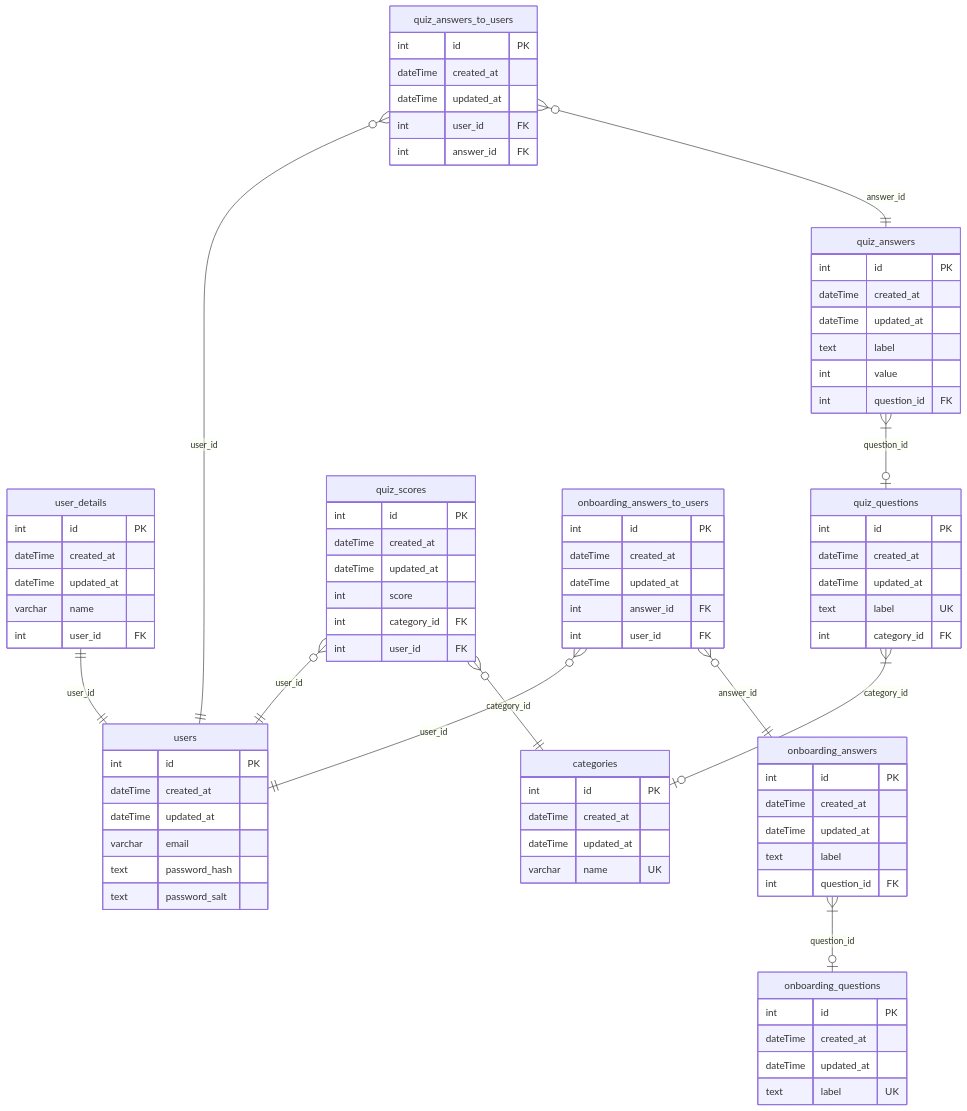
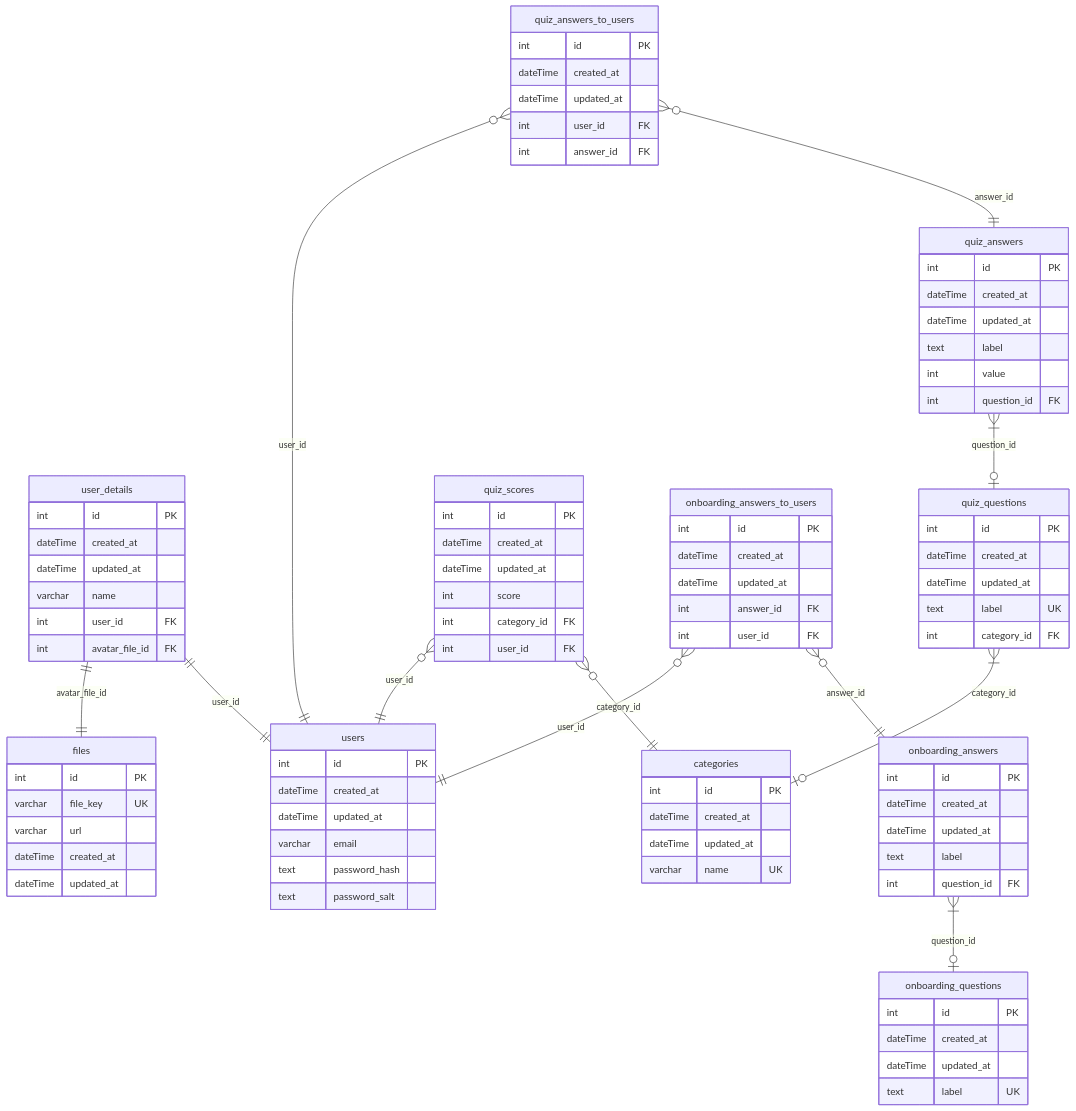
The diagram in readme.md (BinaryStudioAcademy/bsa-2024-bebalance), drawn with Mermaid before and after one commit.

Commit message:
refactor: update er-diagram in readme file bb-173

```diff
--- a/readme.md
+++ b/readme.md
@@ -35,12 +35,22 @@
     }
 
     user_details ||--|| users : user_id
+    user_details ||--|| files : avatar_file_id
     user_details {
         int id PK
         dateTime created_at
         dateTime updated_at
         varchar name
         int user_id FK
+        int avatar_file_id FK
+    }
+
+    files {
+        int id PK
+        varchar file_key UK
+        varchar url
+        dateTime created_at
+        dateTime updated_at
     }
 
     categories {
```
